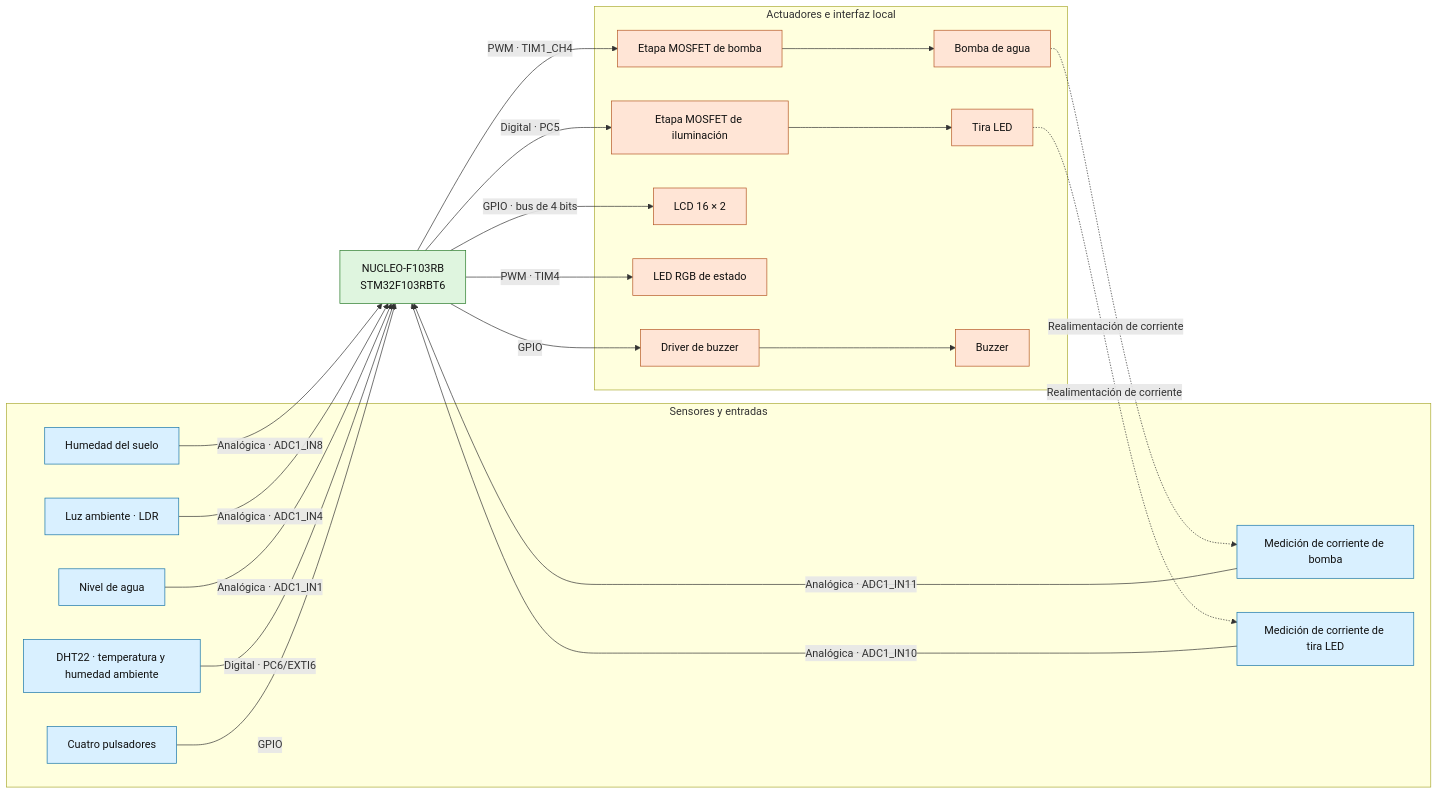
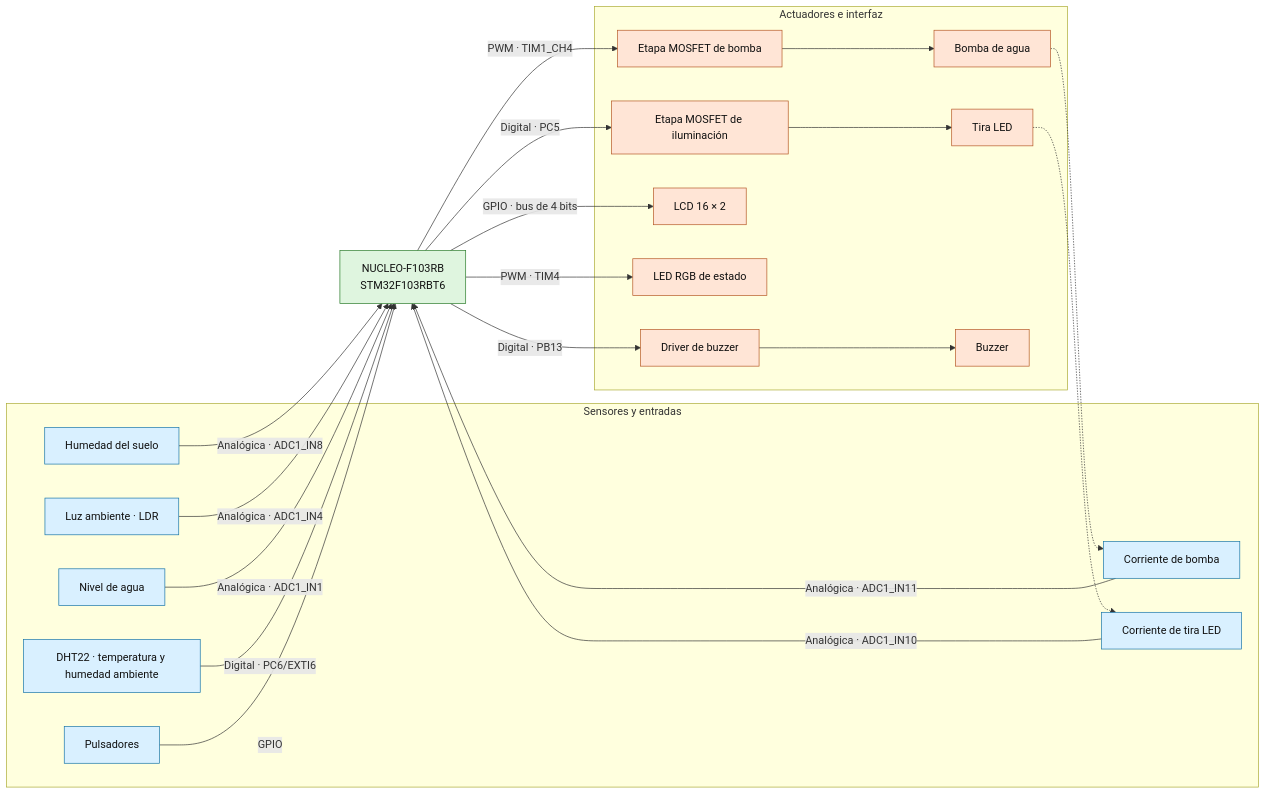
Before and after one commit to igonzalezb/tdse-tf_3-03: the first of 3 diagrams in Memoria Tecnica/Memoria Tecnica.md, drawn with Mermaid. The commit also changed other lines of this file, not shown here.

Commit message:
Actualización de Memoria Técnica.md

````diff
--- a/Memoria Tecnica/Memoria Tecnica.md
+++ b/Memoria Tecnica/Memoria Tecnica.md
@@ -176,52 +177,52 @@
 ```mermaid
 flowchart LR
     subgraph ENTRADAS["Sensores y entradas"]
         HS["Humedad del suelo"]
         LDR["Luz ambiente · LDR"]
         NA["Nivel de agua"]
         DHT["DHT22 · temperatura y humedad ambiente"]
-        IB["Medición de corriente de bomba"]
-        IL["Medición de corriente de tira LED"]
-        BTN["Cuatro pulsadores"]
+        IB["Corriente de bomba"]
+        IL["Corriente de tira LED"]
+        BTN["Pulsadores"]
     end
 
     MCU["NUCLEO-F103RB<br>STM32F103RBT6"]
 
-    subgraph SALIDAS["Actuadores e interfaz local"]
+    subgraph SALIDAS["Actuadores e interfaz"]
         QB["Etapa MOSFET de bomba"]
         BOMBA["Bomba de agua"]
         QL["Etapa MOSFET de iluminación"]
         TIRA["Tira LED"]
         LCD["LCD 16 × 2"]
         RGB["LED RGB de estado"]
         DB["Driver de buzzer"]
         BUZ["Buzzer"]
     end
 
     HS -->|"Analógica · ADC1_IN8"| MCU
     LDR -->|"Analógica · ADC1_IN4"| MCU
     NA -->|"Analógica · ADC1_IN1"| MCU
     DHT -->|"Digital · PC6/EXTI6"| MCU
     IB -->|"Analógica · ADC1_IN11"| MCU
     IL -->|"Analógica · ADC1_IN10"| MCU
     BTN -->|"GPIO"| MCU
 
     MCU -->|"PWM · TIM1_CH4"| QB
     QB --> BOMBA
     MCU -->|"Digital · PC5"| QL
     QL --> TIRA
     MCU -->|"GPIO · bus de 4 bits"| LCD
     MCU -->|"PWM · TIM4"| RGB
-    MCU -->|"GPIO"| DB
+    MCU -->|"Digital · PB13"| DB
     DB --> BUZ
 
-    BOMBA -. "Realimentación de corriente" .-> IB
-    TIRA -. "Realimentación de corriente" .-> IL
+    BOMBA -. " " .-> IB
+    TIRA -. " " .-> IL
 
     classDef sensor fill:#d9f0ff,stroke:#1674a8,color:#111;
     classDef control fill:#dff5df,stroke:#287a28,color:#111;
     classDef output fill:#ffe5d6,stroke:#b55724,color:#111;
     class HS,LDR,NA,DHT,IB,IL,BTN sensor;
     class MCU control;
     class QB,BOMBA,QL,TIRA,LCD,RGB,DB,BUZ output;
 ```
````
